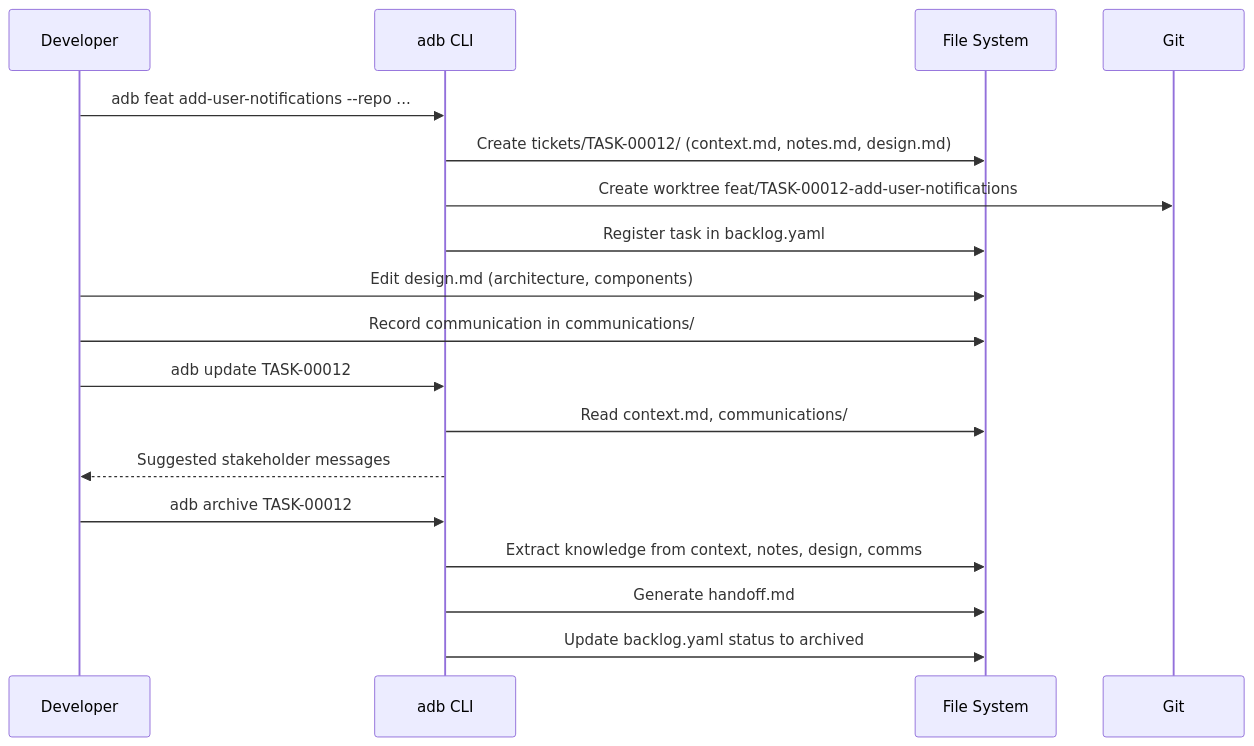
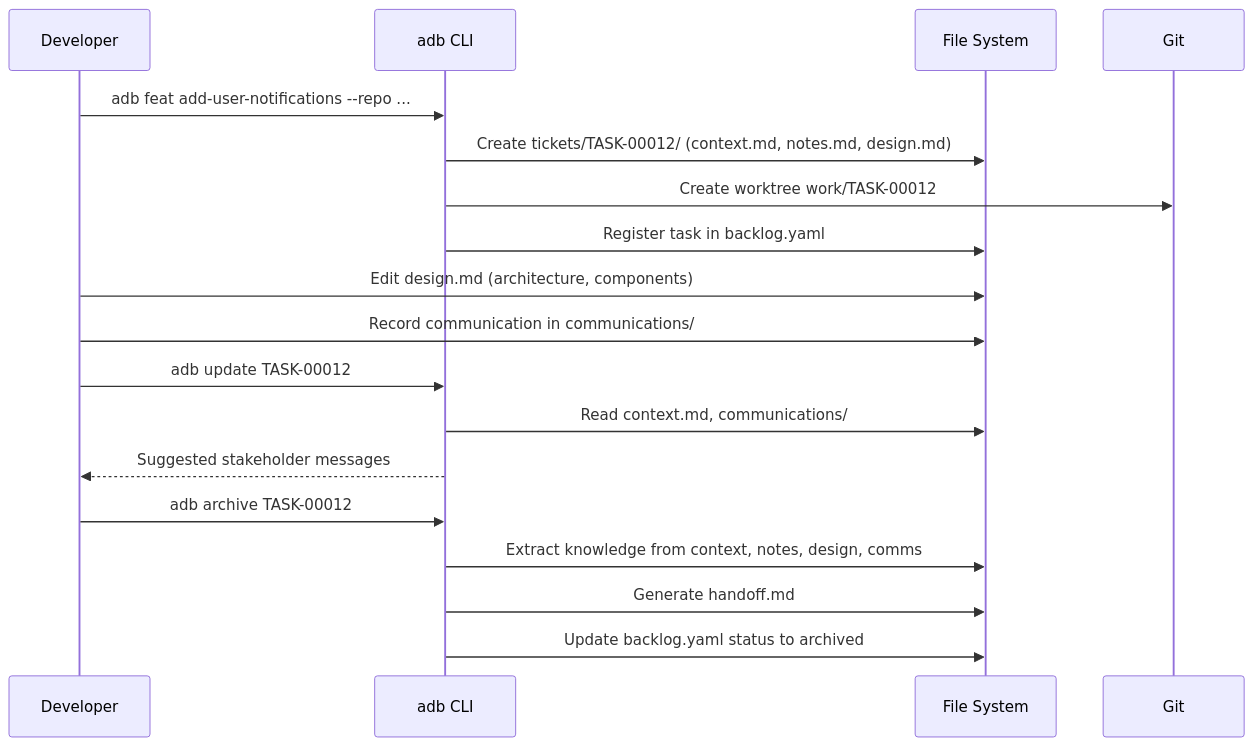
The first of 4 diagrams in docs/usage-scenarios.md (valter-silva-au/ai-dev-brain), drawn with Mermaid before and after one commit. The commit also changed other lines of this file and 18 other files, not shown here.

````diff
--- a/docs/usage-scenarios.md
+++ b/docs/usage-scenarios.md
@@ -175,24 +175,24 @@
 ```mermaid
 sequenceDiagram
     participant Dev as Developer
     participant ADB as adb CLI
     participant FS as File System
     participant Git as Git
 
     Dev->>ADB: adb feat add-user-notifications --repo ...
     ADB->>FS: Create tickets/TASK-00012/ (context.md, notes.md, design.md)
-    ADB->>Git: Create worktree feat/TASK-00012-add-user-notifications
+    ADB->>Git: Create worktree work/TASK-00012
     ADB->>FS: Register task in backlog.yaml
 
     Dev->>FS: Edit design.md (architecture, components)
     Dev->>FS: Record communication in communications/
 
     Dev->>ADB: adb update TASK-00012
     ADB->>FS: Read context.md, communications/
     ADB-->>Dev: Suggested stakeholder messages
 
     Dev->>ADB: adb archive TASK-00012
     ADB->>FS: Extract knowledge from context, notes, design, comms
     ADB->>FS: Generate handoff.md
     ADB->>FS: Update backlog.yaml status to archived
 ```
````
